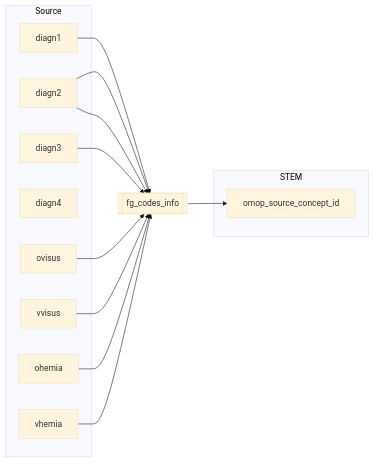
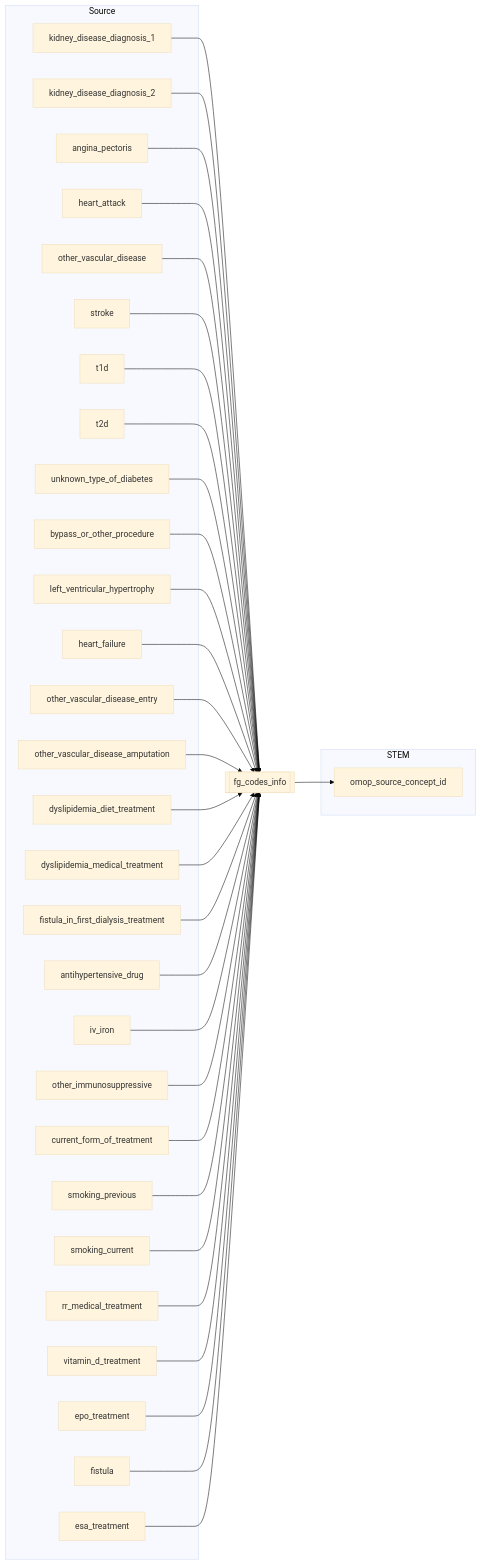
One commit to FINNGEN/ETL changed the diagram in 2_etl_specifications/documentation/kidney_to_stem.md. Above: the diagram before and after it, drawn with Mermaid. The commit also changed other lines of this file and 6 other files, not shown here.

````diff
--- a/2_etl_specifications/documentation/kidney_to_stem.md
+++ b/2_etl_specifications/documentation/kidney_to_stem.md
@@ -10,33 +10,73 @@
 ```mermaid
 %%{init: {'theme': 'base' } }%%
 %%{init: {'theme': 'base' } }%%
 flowchart LR
     subgraph Source
-        diagn1
-        diagn2
-        diagn3
-        diagn4
-        ovisus
-        vvisus
-        ohemia
-        vhemia
+        kidney_disease_diagnosis_1
+        kidney_disease_diagnosis_2
+        angina_pectoris
+        heart_attack
+        other_vascular_disease
+        stroke
+        t1d
+        t2d
+        unknown_type_of_diabetes
+        bypass_or_other_procedure
+        left_ventricular_hypertrophy
+        heart_failure
+        other_vascular_disease_entry
+        other_vascular_disease_amputation
+        dyslipidemia_diet_treatment
+        dyslipidemia_medical_treatment
+        fistula_in_first_dialysis_treatment
+        antihypertensive_drug
+        iv_iron
+        other_immunosuppressive
+        current_form_of_treatment
+        smoking_previous
+        smoking_current
+        rr_medical_treatment
+        vitamin_d_treatment
+        epo_treatment
+        fistula
+        esa_treatment
     end
 
     fg_codes_info[[fg_codes_info]]
 
     subgraph STEM
         omop_source_concept_id
 
     end
 
-    diagn1-->fg_codes_info
-    diagn2-->fg_codes_info
-    diagn3-->fg_codes_info
-    diagn2-->fg_codes_info
-    ovisus-->fg_codes_info
-    vvisus-->fg_codes_info
-    ohemia-->fg_codes_info
-    vhemia-->fg_codes_info
+    kidney_disease_diagnosis_1-->fg_codes_info
+	kidney_disease_diagnosis_2-->fg_codes_info
+	angina_pectoris-->fg_codes_info
+	heart_attack-->fg_codes_info
+	other_vascular_disease-->fg_codes_info
+	stroke-->fg_codes_info
+	t1d-->fg_codes_info
+	t2d-->fg_codes_info
+	unknown_type_of_diabetes-->fg_codes_info
+	bypass_or_other_procedure-->fg_codes_info
+	left_ventricular_hypertrophy-->fg_codes_info
+	heart_failure-->fg_codes_info
+	other_vascular_disease_entry-->fg_codes_info
+	other_vascular_disease_amputation-->fg_codes_info
+	dyslipidemia_diet_treatment-->fg_codes_info
+	dyslipidemia_medical_treatment-->fg_codes_info
+	fistula_in_first_dialysis_treatment-->fg_codes_info
+	antihypertensive_drug-->fg_codes_info
+	iv_iron-->fg_codes_info
+	other_immunosuppressive-->fg_codes_info
+	current_form_of_treatment-->fg_codes_info
+	smoking_previous-->fg_codes_info
+	smoking_current-->fg_codes_info
+	rr_medical_treatment-->fg_codes_info
+	vitamin_d_treatment-->fg_codes_info
+	epo_treatment-->fg_codes_info
+	fistula-->fg_codes_info
+	esa_treatment-->fg_codes_info
 
     fg_codes_info-->omop_source_concept_id
 ```
````
